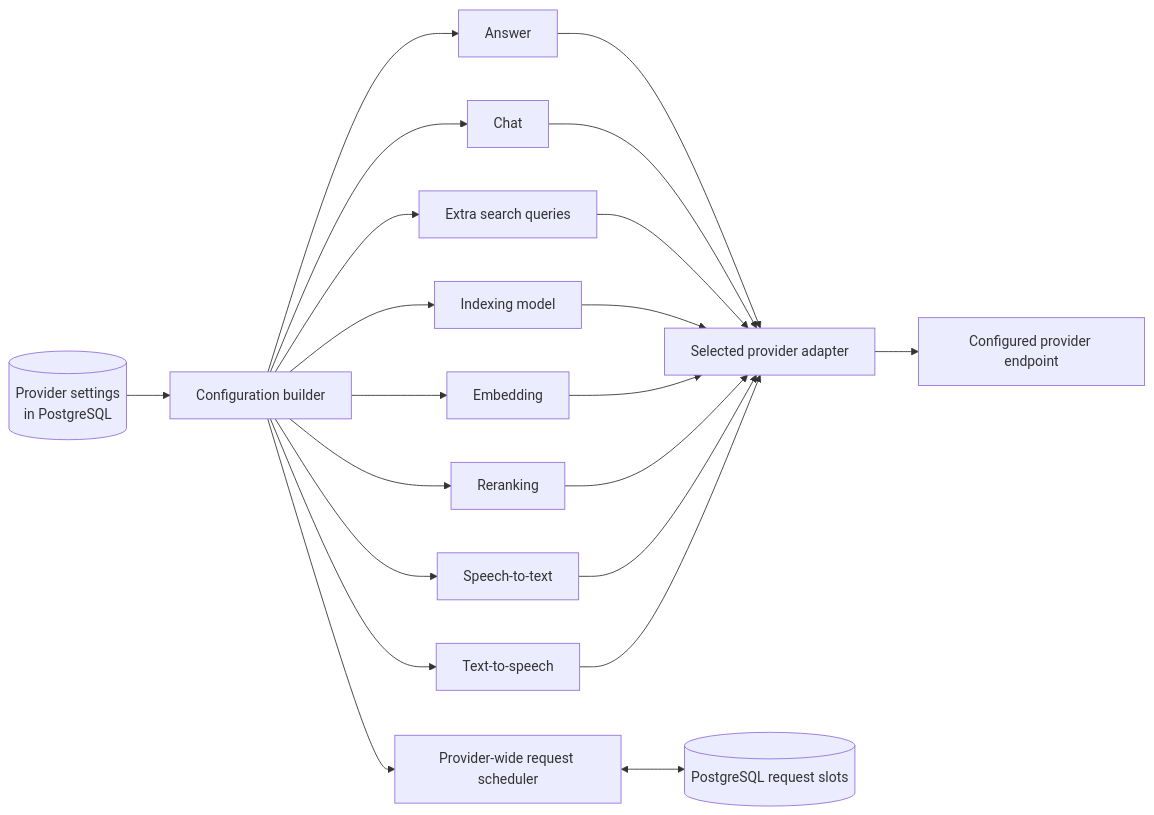
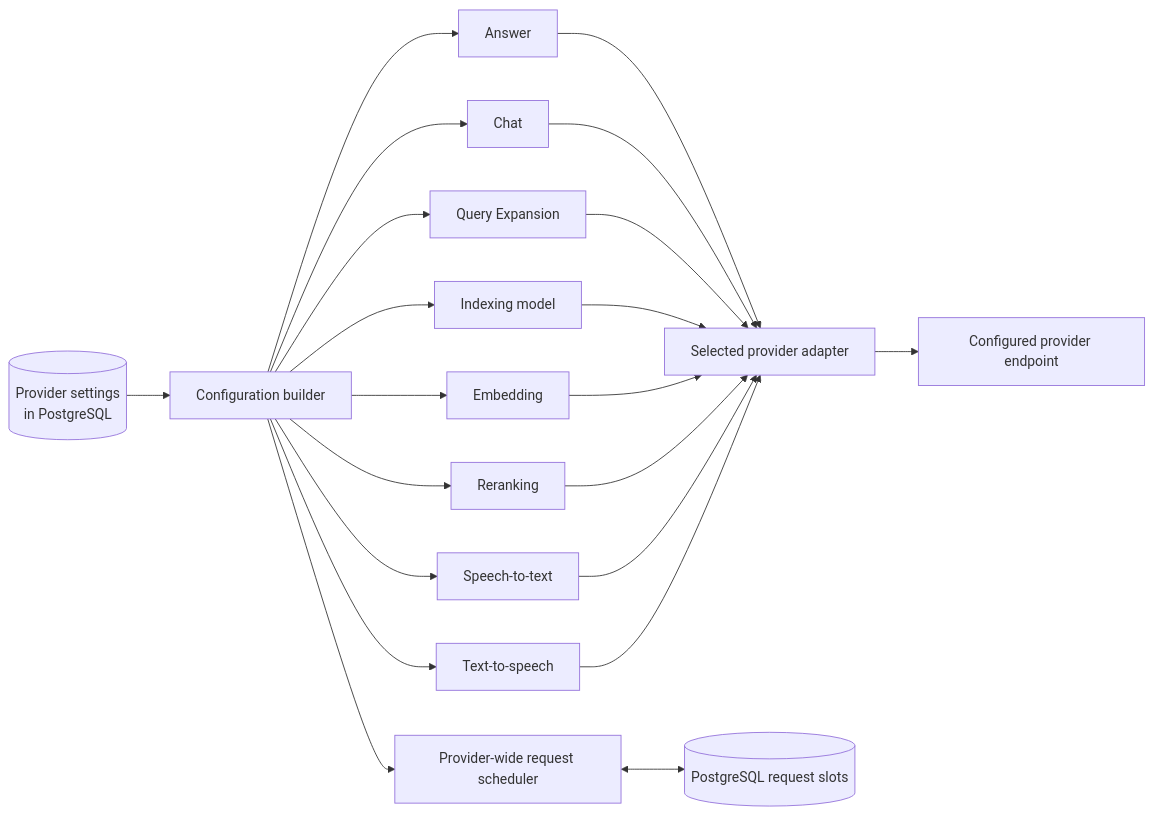
Before and after one commit to sageil/citeloom: the second of 4 diagrams in docs/architecture.md, drawn with Mermaid. The commit also changed other lines of this file and 10 other files, not shown here.

Commit message:
refactor(ui): standardize Query Expansion terminology

````diff
--- a/docs/architecture.md
+++ b/docs/architecture.md
@@ -93,25 +93,25 @@
 ```mermaid
 flowchart LR
     Settings[(Provider settings<br/>in PostgreSQL)] --> Builder[Configuration builder]
     Builder --> Answer[Answer]
     Builder --> Chat[Chat]
-    Builder --> Expansion[Extra search queries]
+    Builder --> Expansion[Query Expansion]
     Builder --> Summary[Indexing model]
     Builder --> Embedding[Embedding]
     Builder --> Reranking[Reranking]
     Builder --> STT[Speech-to-text]
     Builder --> TTS[Text-to-speech]
 
     Answer --> Adapter[Selected provider adapter]
     Chat --> Adapter
     Expansion --> Adapter
     Summary --> Adapter
     Embedding --> Adapter
     Reranking --> Adapter
     STT --> Adapter
     TTS --> Adapter
 
     Adapter --> Endpoint[Configured provider endpoint]
     Builder --> Limits[Provider-wide request scheduler]
     Limits <--> Slots[(PostgreSQL request slots)]
 ```
````
